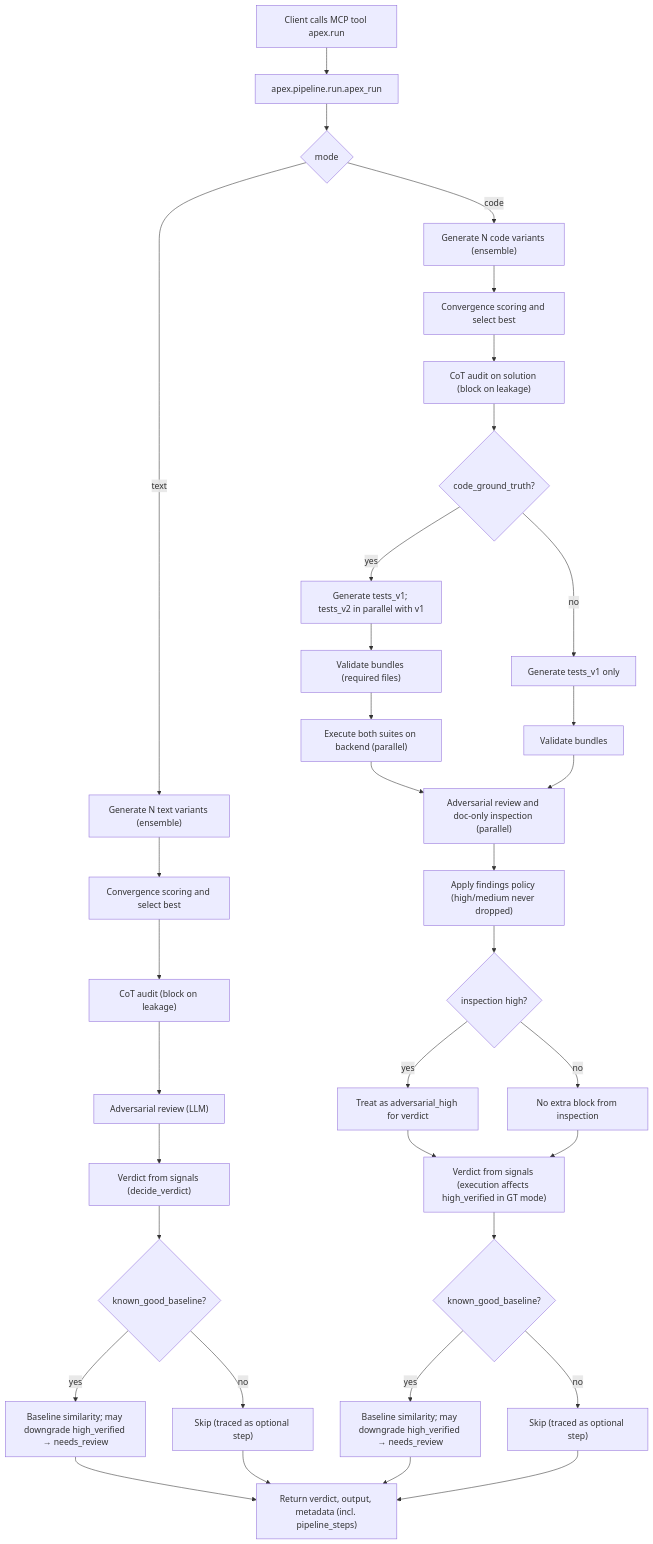
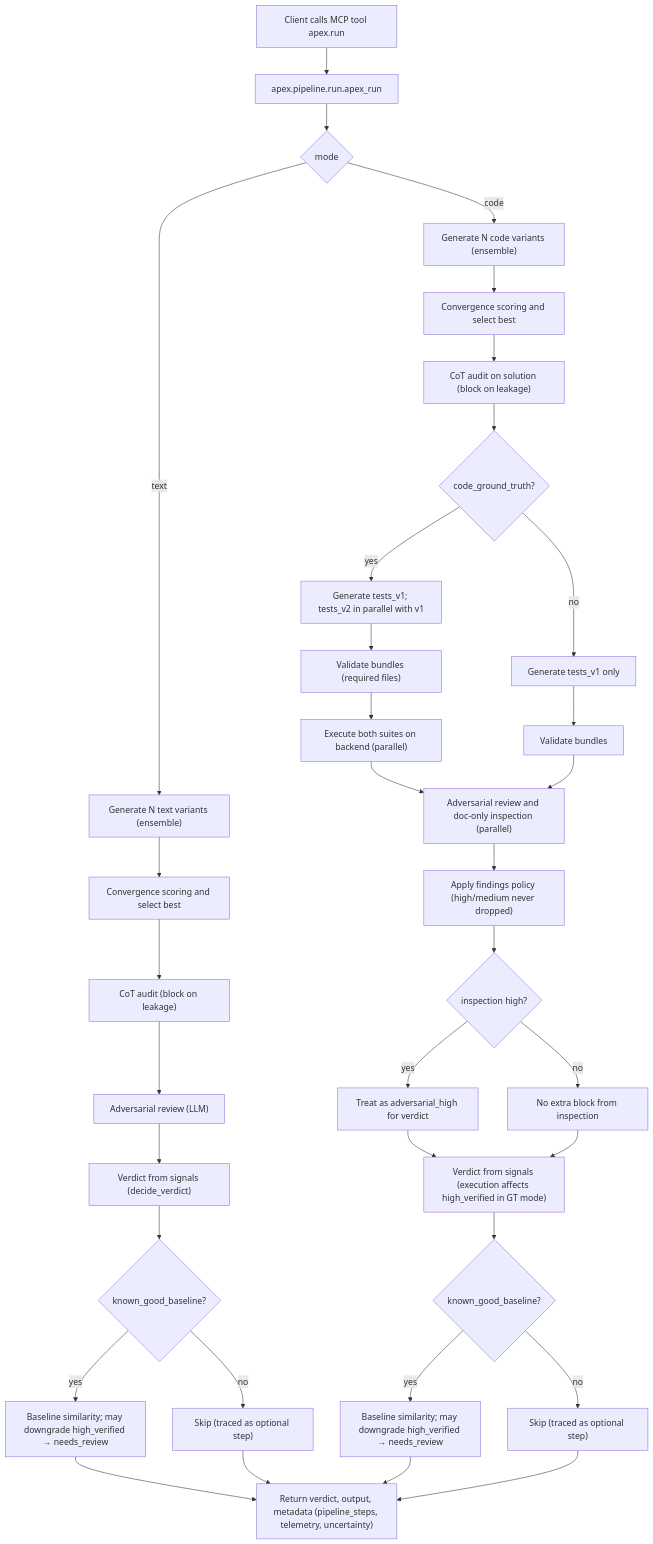
One commit to Alphabetsoup16/apex changed the diagram in docs/flow.md. Above: the diagram before and after it, drawn with Mermaid. The commit also changed other lines of this file and 22 other files, not shown here.

````diff
--- a/docs/flow.md
+++ b/docs/flow.md
@@ -5,39 +5,39 @@
 ```mermaid
 flowchart TD
   A["Client calls MCP tool apex.run"] --> B["apex.pipeline.run.apex_run"]
 
   B --> C{mode}
   C -->|text| T1["Generate N text variants (ensemble)"]
   T1 --> T2["Convergence scoring and select best"]
   T2 --> T3["CoT audit (block on leakage)"]
   T3 --> T4["Adversarial review (LLM)"]
   T4 --> T8["Verdict from signals (decide_verdict)"]
   T8 --> T5{known_good_baseline?}
   T5 -->|yes| T6["Baseline similarity; may downgrade high_verified → needs_review"]
   T5 -->|no| T7["Skip (traced as optional step)"]
-  T6 --> OUT["Return verdict, output, metadata (incl. pipeline_steps)"]
+  T6 --> OUT["Return verdict, output, metadata (pipeline_steps, telemetry, uncertainty)"]
   T7 --> OUT
 
   C -->|code| C1["Generate N code variants (ensemble)"]
   C1 --> C2["Convergence scoring and select best"]
   C2 --> C3["CoT audit on solution (block on leakage)"]
   C3 --> C4{code_ground_truth?}
   C4 -->|yes| C5["Generate tests_v1; tests_v2 in parallel with v1"]
   C5 --> C6["Validate bundles (required files)"]
   C6 --> C7["Execute both suites on backend (parallel)"]
   C4 -->|no| C8["Generate tests_v1 only"]
   C8 --> C9["Validate bundles"]
   C7 --> C10["Adversarial review and doc-only inspection (parallel)"]
   C9 --> C10
   C10 --> C10b["Apply findings policy (high/medium never dropped)"]
   C10b --> C11{inspection high?}
   C11 -->|yes| C12["Treat as adversarial_high for verdict"]
   C11 -->|no| C13["No extra block from inspection"]
   C12 --> C14["Verdict from signals (execution affects high_verified in GT mode)"]
   C13 --> C14
   C14 --> C15{known_good_baseline?}
   C15 -->|yes| C16["Baseline similarity; may downgrade high_verified → needs_review"]
   C15 -->|no| C17["Skip (traced as optional step)"]
   C16 --> OUT
   C17 --> OUT
 ```
````
